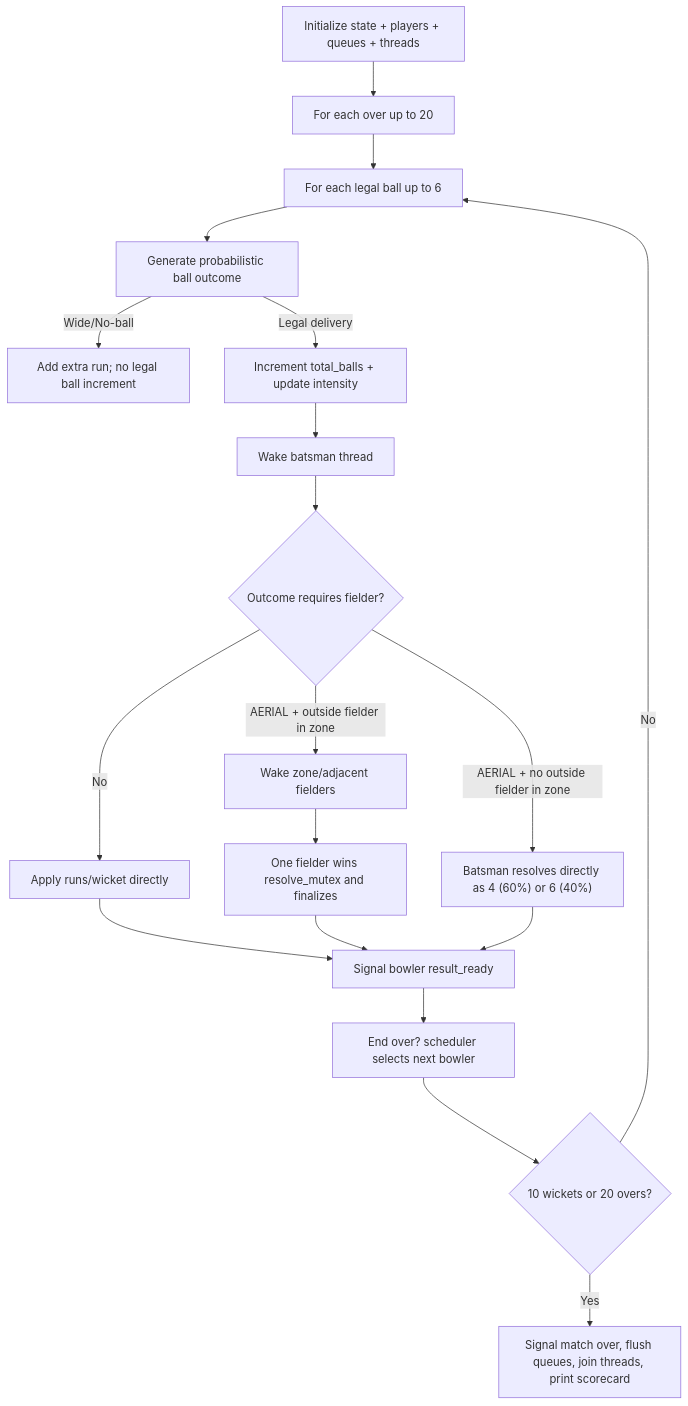
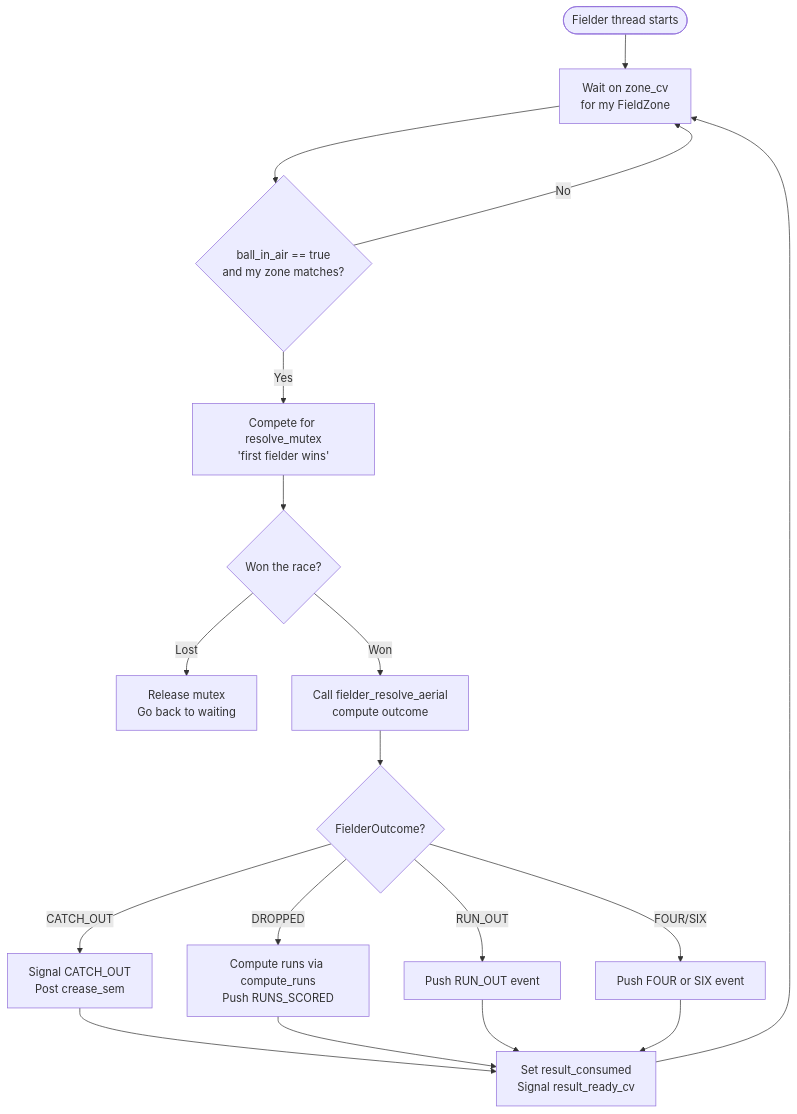
The fourth of 10 diagrams in multithreaded-Cricket_WC_simulater-main/README.md (migikun474/multithreaded-t20-worldcup-simulator), drawn with Mermaid before and after one commit. The commit also changed other lines of this file, not shown here.

````diff
--- a/multithreaded-Cricket_WC_simulater-main/README.md
+++ b/multithreaded-Cricket_WC_simulater-main/README.md
@@ -134,21 +206,20 @@
 ```mermaid
 flowchart TD
-    A[Initialize state + players + queues + threads] --> B[For each over up to 20]
-    B --> C[For each legal ball up to 6]
-    C --> D[Generate probabilistic ball outcome]
-    D -->|Wide/No-ball| E[Add extra run; no legal ball increment]
-    D -->|Legal delivery| F[Increment total_balls + update intensity]
-    F --> G[Wake batsman thread]
-    G --> H{Outcome requires fielder?}
-    H -->|No| I[Apply runs/wicket directly]
-    H -->|AERIAL + outside fielder in zone| J[Wake zone/adjacent fielders]
-    H -->|AERIAL + no outside fielder in zone| P["Batsman resolves directly as 4 (60%) or 6 (40%)"]
-    J --> K[One fielder wins resolve_mutex and finalizes]
-    I --> L[Signal bowler result_ready]
-    K --> L
-    P --> L
-    L --> M[End over? scheduler selects next bowler]
-    M --> N{10 wickets or 20 overs?}
-    N -->|No| C
-    N -->|Yes| O[Signal match over, flush queues, join threads, print scorecard]
+    A([Fielder thread starts]) --> B[Wait on zone_cv\nfor my FieldZone]
+    B --> C{ball_in_air == true\nand my zone matches?}
+    C -->|No| B
+    C -->|Yes| D[Compete for resolve_mutex\n'first fielder wins']
+    D --> E{Won the race?}
+    E -->|Lost| F[Release mutex\nGo back to waiting]
+    E -->|Won| G[Call fielder_resolve_aerial\ncompute outcome]
+    G --> H{FielderOutcome?}
+    H -->|CATCH_OUT| I[Signal CATCH_OUT\nPost crease_sem]
+    H -->|DROPPED| J[Compute runs via compute_runs\nPush RUNS_SCORED]
+    H -->|RUN_OUT| K[Push RUN_OUT event]
+    H -->|FOUR/SIX| L[Push FOUR or SIX event]
+    I --> M[Set result_consumed\nSignal result_ready_cv]
+    J --> M
+    K --> M
+    L --> M
+    M --> B
 ```
````
